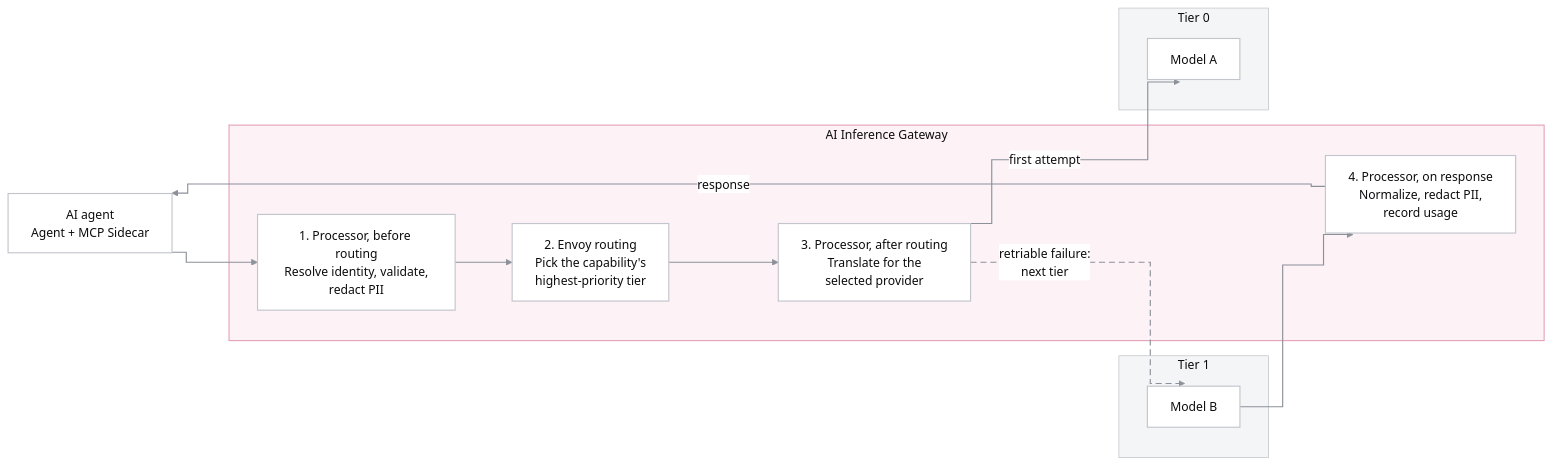
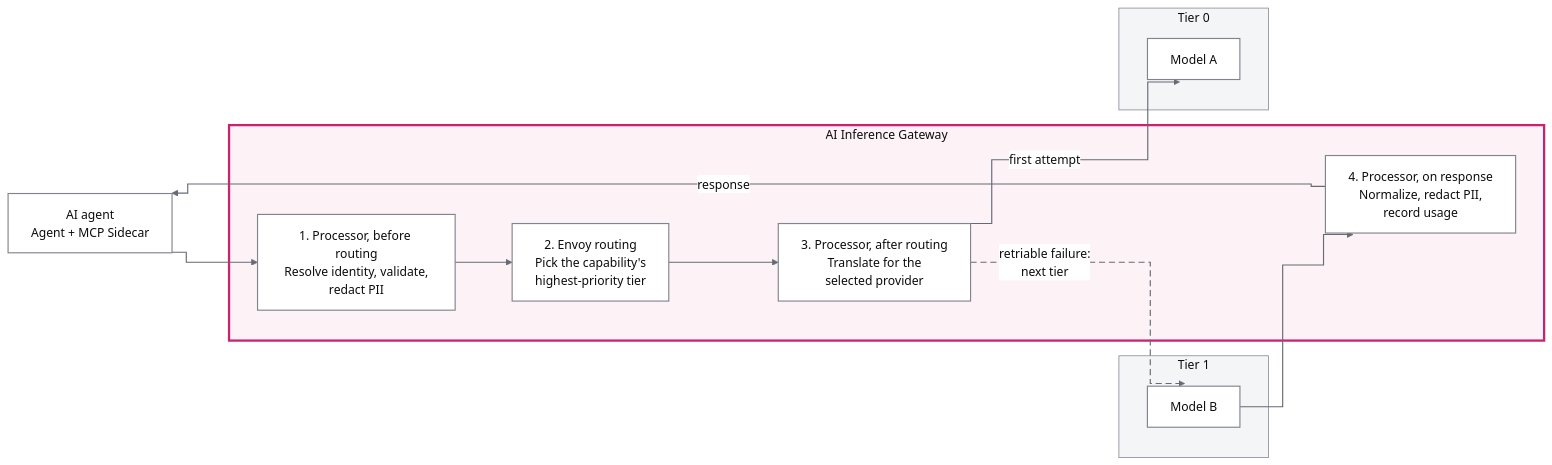
The diagram in content/consul/v2.1.x/diagram-sources/model-access-workflow_light.mmd (hashicorp/web-unified-docs), drawn with Mermaid before and after one commit. The commit also changed 34 other files, not shown here.

First line of the commit message:
Raise diagram contrast and add a non-color cue for ARF components

```diff
--- a/content/consul/v2.1.x/diagram-sources/model-access-workflow_light.mmd
+++ b/content/consul/v2.1.x/diagram-sources/model-access-workflow_light.mmd
@@ -1,30 +1,30 @@
-%%{init: {"theme":"base","fontFamily":"Helvetica, Arial, sans-serif","flowchart":{"curve":"step","nodeSpacing":60,"rankSpacing":75,"htmlLabels":true},"themeVariables":{"fontFamily":"Helvetica, Arial, sans-serif","fontSize":"16px","background":"#ffffff","primaryColor":"#ffffff","primaryBorderColor":"#c2c5cb","primaryTextColor":"#0c0c0e","lineColor":"#8c9099","clusterBkg":"#f4f5f7","clusterBorder":"#c2c5cb","titleColor":"#0c0c0e","edgeLabelBackground":"#ffffff","actorBkg":"#ffffff","actorBorder":"#ca2171","actorTextColor":"#0c0c0e","actorLineColor":"#c2c5cb","signalColor":"#8c9099","signalTextColor":"#0c0c0e","noteBkgColor":"#f4f5f7","noteBorderColor":"#c2c5cb","noteTextColor":"#0c0c0e","activationBkgColor":"#fdf2f6","activationBorderColor":"#e5a3bd","sequenceNumberColor":"#ffffff"},"sequence":{"mirrorActors":false,"width":220,"actorMargin":50,"messageMargin":50,"boxMargin":10,"noteMargin":12,"wrap":true}}}%%
+%%{init: {"theme":"base","fontFamily":"Helvetica, Arial, sans-serif","flowchart":{"curve":"step","nodeSpacing":60,"rankSpacing":75,"htmlLabels":true},"themeVariables":{"fontFamily":"Helvetica, Arial, sans-serif","fontSize":"16px","background":"#ffffff","primaryColor":"#ffffff","primaryBorderColor":"#80848d","primaryTextColor":"#0c0c0e","lineColor":"#656a73","clusterBkg":"#f4f5f7","clusterBorder":"#80848d","titleColor":"#0c0c0e","edgeLabelBackground":"#ffffff","actorBkg":"#ffffff","actorBorder":"#ca2171","actorTextColor":"#0c0c0e","actorLineColor":"#80848d","signalColor":"#656a73","signalTextColor":"#0c0c0e","noteBkgColor":"#f4f5f7","noteBorderColor":"#80848d","noteTextColor":"#0c0c0e","activationBkgColor":"#fdf2f6","activationBorderColor":"#c1527f","sequenceNumberColor":"#ffffff"},"sequence":{"mirrorActors":false,"width":220,"actorMargin":50,"messageMargin":50,"boxMargin":10,"noteMargin":12,"wrap":true}}}%%
 flowchart LR
   agent["AI agent<br/>Agent + MCP Sidecar"]
   subgraph igw["AI Inference Gateway"]
     pre["1. Processor, before routing<br/>Resolve identity, validate,<br/>redact PII"]
     route["2. Envoy routing<br/>Pick the capability's<br/>highest-priority tier"]
     post["3. Processor, after routing<br/>Translate for the<br/>selected provider"]
     resp["4. Processor, on response<br/>Normalize, redact PII,<br/>record usage"]
   end
   subgraph tier1["Tier 1"]
     modelb["Model B"]
   end
   subgraph tier0["Tier 0"]
     modela["Model A"]
   end
 
   agent --> pre
   pre --> route
   route --> post
   post -->|first attempt| modela
   post -->|retriable failure:<br/>next tier| modelb
   modelb --> resp
   resp -->|response| agent
 
-  classDef default fill:#ffffff,stroke:#c2c5cb,stroke-width:1.5px,color:#0c0c0e
-  style igw fill:#fdf2f6,stroke:#e5a3bd,stroke-width:1.5px,color:#0c0c0e
-  style tier0 fill:#f4f5f7,stroke:#c2c5cb,stroke-width:1px,color:#0c0c0e
-  style tier1 fill:#f4f5f7,stroke:#c2c5cb,stroke-width:1px,color:#0c0c0e
-  linkStyle 0,1,2,3,5,6 stroke:#8c9099,stroke-width:1.5px
-  linkStyle 4 stroke:#8c9099,stroke-width:1.5px,stroke-dasharray:8 5
+  classDef default fill:#ffffff,stroke:#80848d,stroke-width:1.5px,color:#0c0c0e
+  style igw fill:#fdf2f6,stroke:#ca2171,stroke-width:3px,color:#0c0c0e
+  style tier0 fill:#f4f5f7,stroke:#80848d,stroke-width:1px,color:#0c0c0e
+  style tier1 fill:#f4f5f7,stroke:#80848d,stroke-width:1px,color:#0c0c0e
+  linkStyle 0,1,2,3,5,6 stroke:#656a73,stroke-width:1.5px
+  linkStyle 4 stroke:#656a73,stroke-width:1.5px,stroke-dasharray:8 5
```
